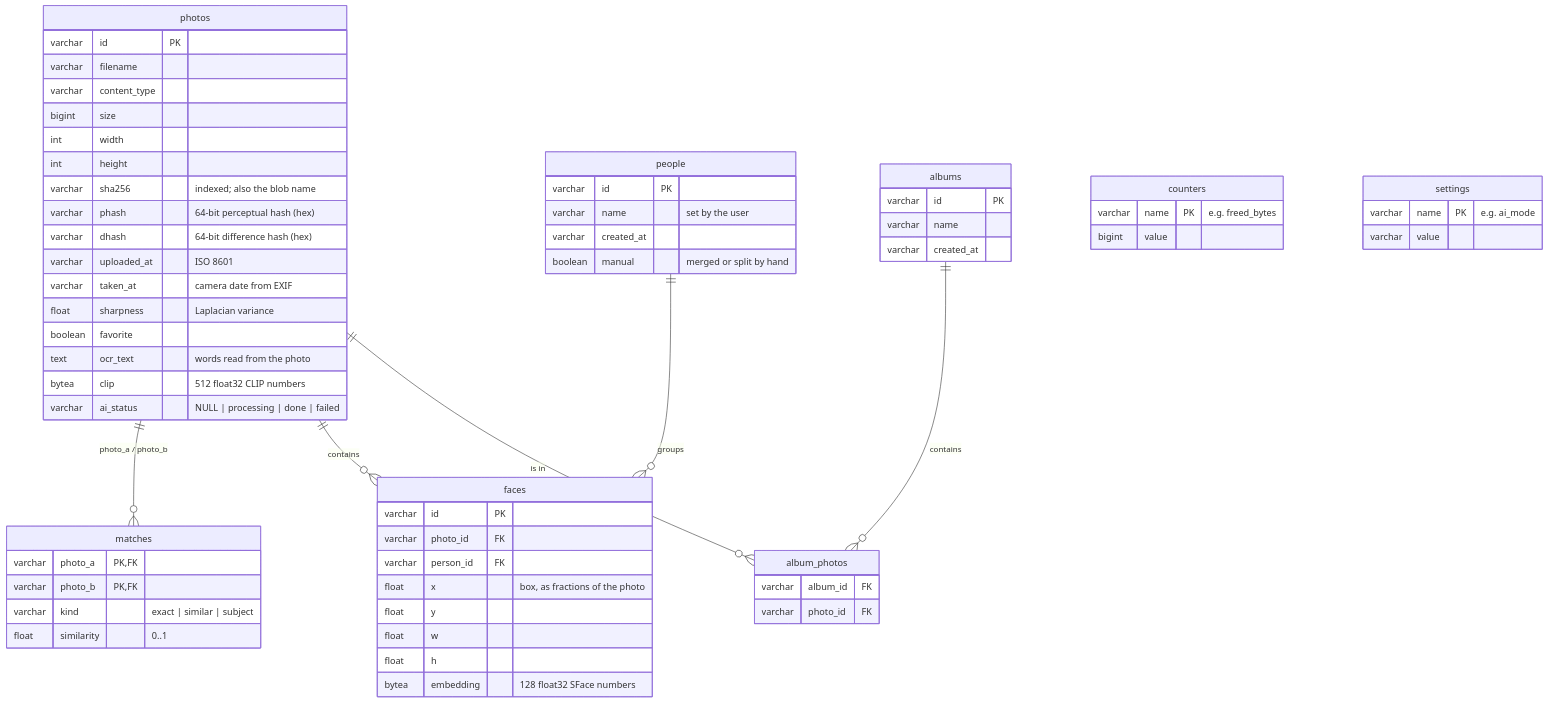
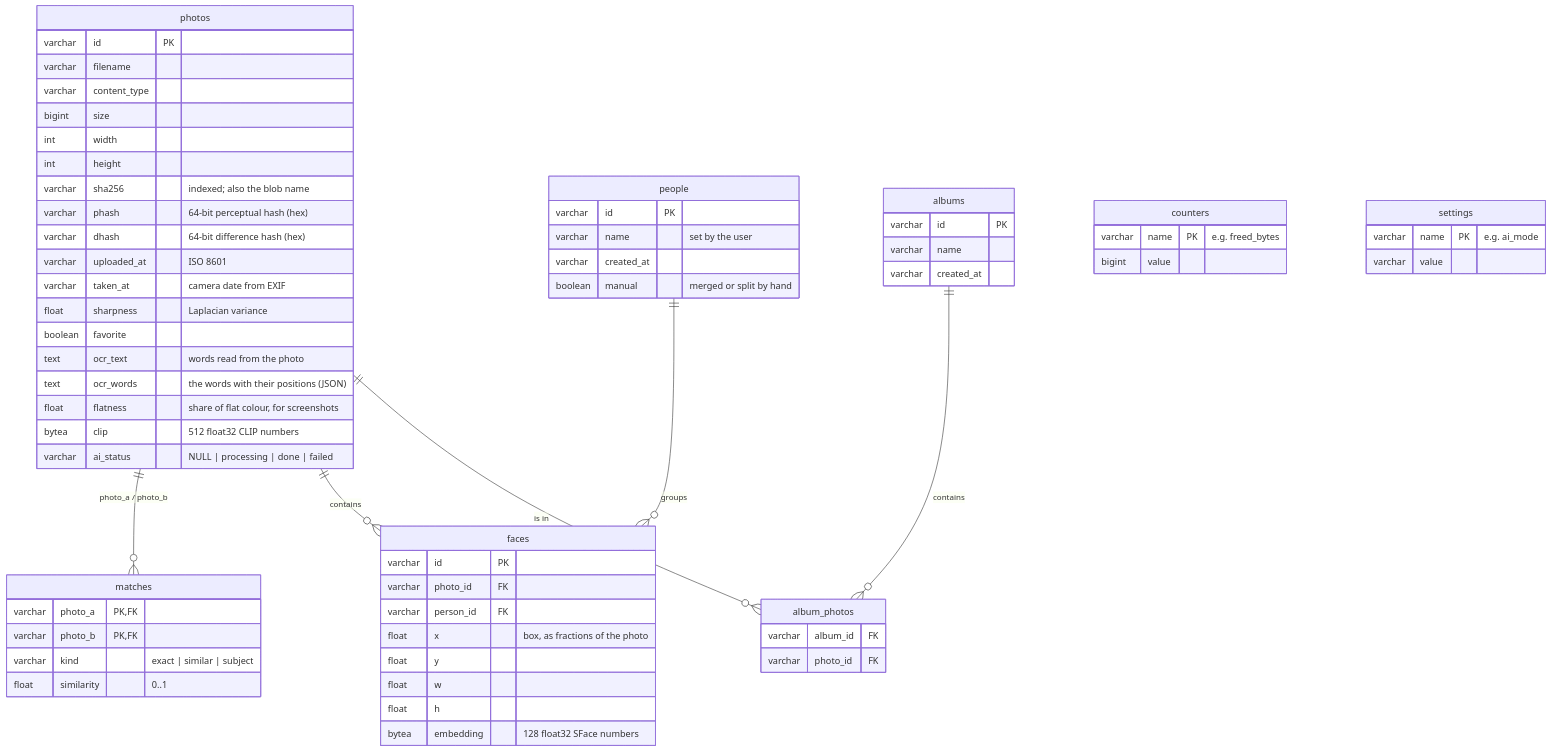
One commit to Arnav-Dugad/imagevault-ai changed the third of 4 diagrams in docs/technical-design-document.md. Above: the diagram before and after it, drawn with Mermaid. The commit also changed other lines of this file and 30 other files, not shown here.

````diff
--- a/docs/technical-design-document.md
+++ b/docs/technical-design-document.md
@@ -183,65 +183,67 @@
 ```mermaid
 erDiagram
     photos ||--o{ matches : "photo_a / photo_b"
     photos ||--o{ faces : "contains"
     people ||--o{ faces : "groups"
     albums ||--o{ album_photos : "contains"
     photos ||--o{ album_photos : "is in"
     photos {
         varchar id PK
         varchar filename
         varchar content_type
         bigint size
         int width
         int height
         varchar sha256 "indexed; also the blob name"
         varchar phash "64-bit perceptual hash (hex)"
         varchar dhash "64-bit difference hash (hex)"
         varchar uploaded_at "ISO 8601"
         varchar taken_at "camera date from EXIF"
         float sharpness "Laplacian variance"
         boolean favorite
         text ocr_text "words read from the photo"
+        text ocr_words "the words with their positions (JSON)"
+        float flatness "share of flat colour, for screenshots"
         bytea clip "512 float32 CLIP numbers"
         varchar ai_status "NULL | processing | done | failed"
     }
     matches {
         varchar photo_a PK, FK
         varchar photo_b PK, FK
         varchar kind "exact | similar | subject"
         float similarity "0..1"
     }
     faces {
         varchar id PK
         varchar photo_id FK
         varchar person_id FK
         float x "box, as fractions of the photo"
         float y
         float w
         float h
         bytea embedding "128 float32 SFace numbers"
     }
     people {
         varchar id PK
         varchar name "set by the user"
         varchar created_at
         boolean manual "merged or split by hand"
     }
     counters {
         varchar name PK "e.g. freed_bytes"
         bigint value
     }
     settings {
         varchar name PK "e.g. ai_mode"
         varchar value
     }
     albums {
         varchar id PK
         varchar name
         varchar created_at
     }
     album_photos {
         varchar album_id FK
         varchar photo_id FK
     }
 ```
````
